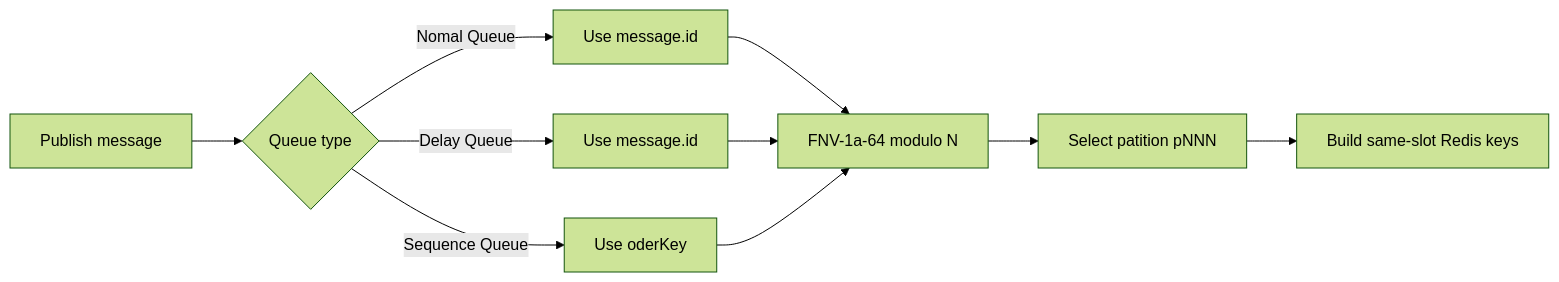
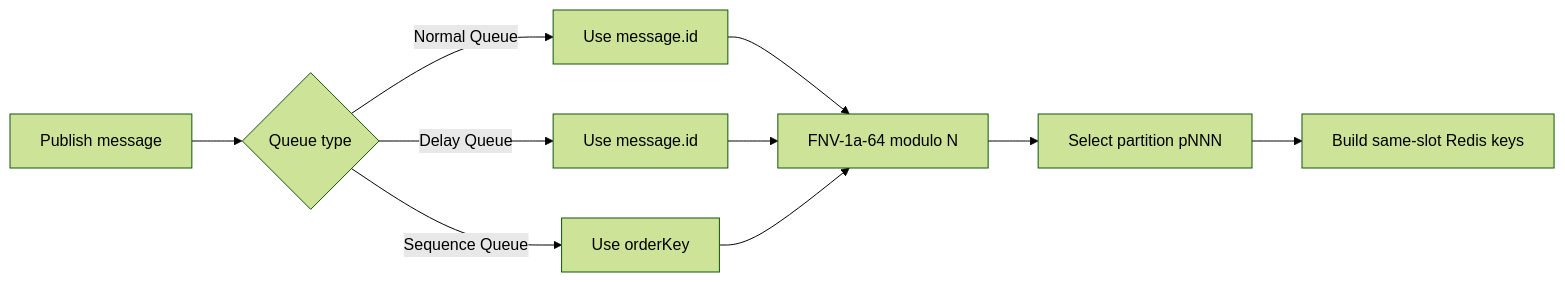
The second of 7 diagrams in README.md (retail-ai-inc/beanq), drawn with Mermaid (forest theme) before and after one commit. The commit also changed other lines of this file, not shown here.

````diff
--- a/README.md
+++ b/README.md
@@ -159,12 +159,12 @@
 ```mermaid
 flowchart LR
     A[Publish message] --> B{Queue type}
-    B -->|Nomal Queue| C[Use message.id]
+    B -->|Normal Queue| C[Use message.id]
     B -->|Delay Queue| D[Use message.id]
-    B -->|Sequence Queue| E[Use oderKey]
+    B -->|Sequence Queue| E[Use orderKey]
     C --> F[FNV-1a-64 modulo N]
     D --> F
     E --> F
-    F --> G[Select patition pNNN]
+    F --> G[Select partition pNNN]
     G --> H[Build same-slot Redis keys]
 ```
````
